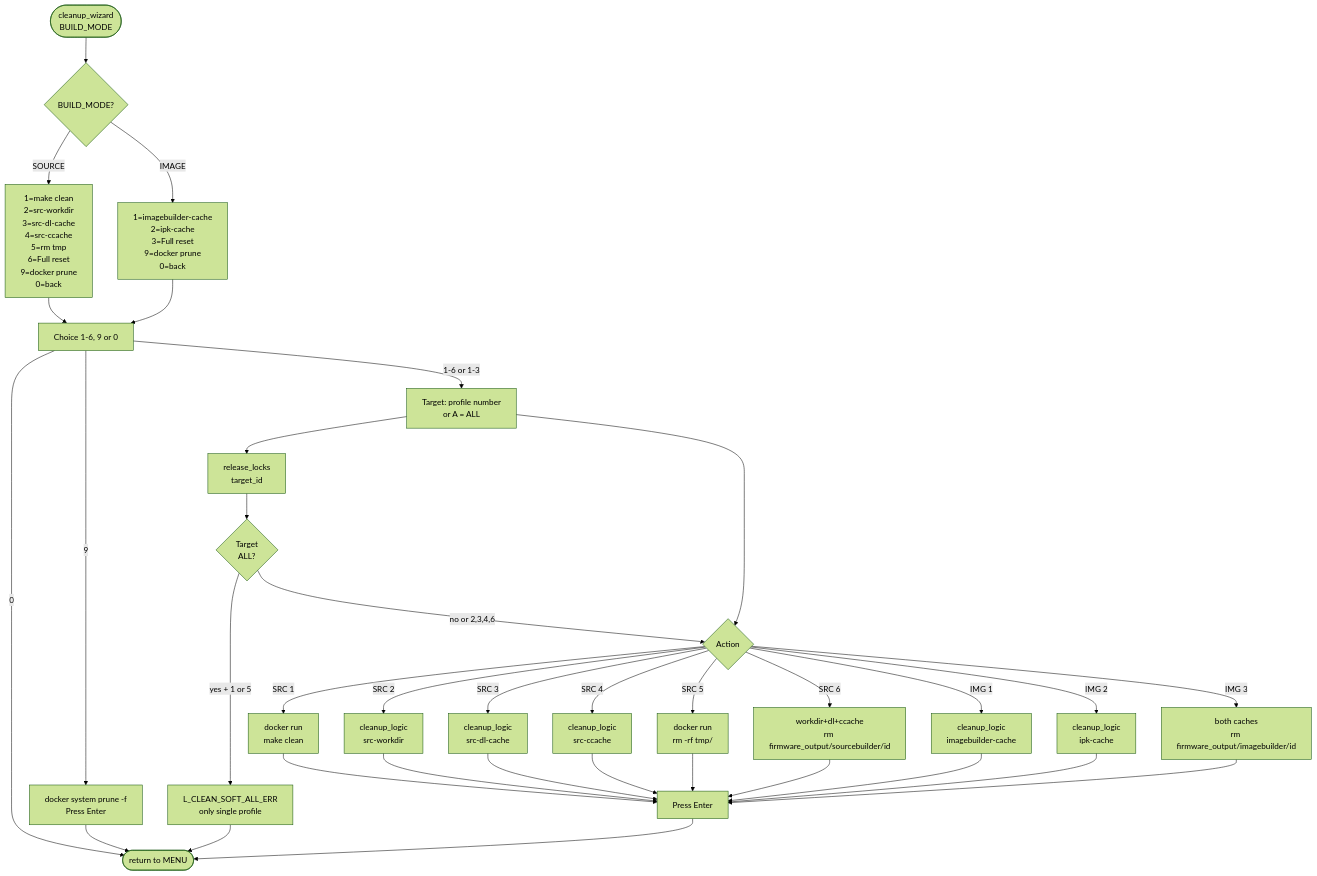
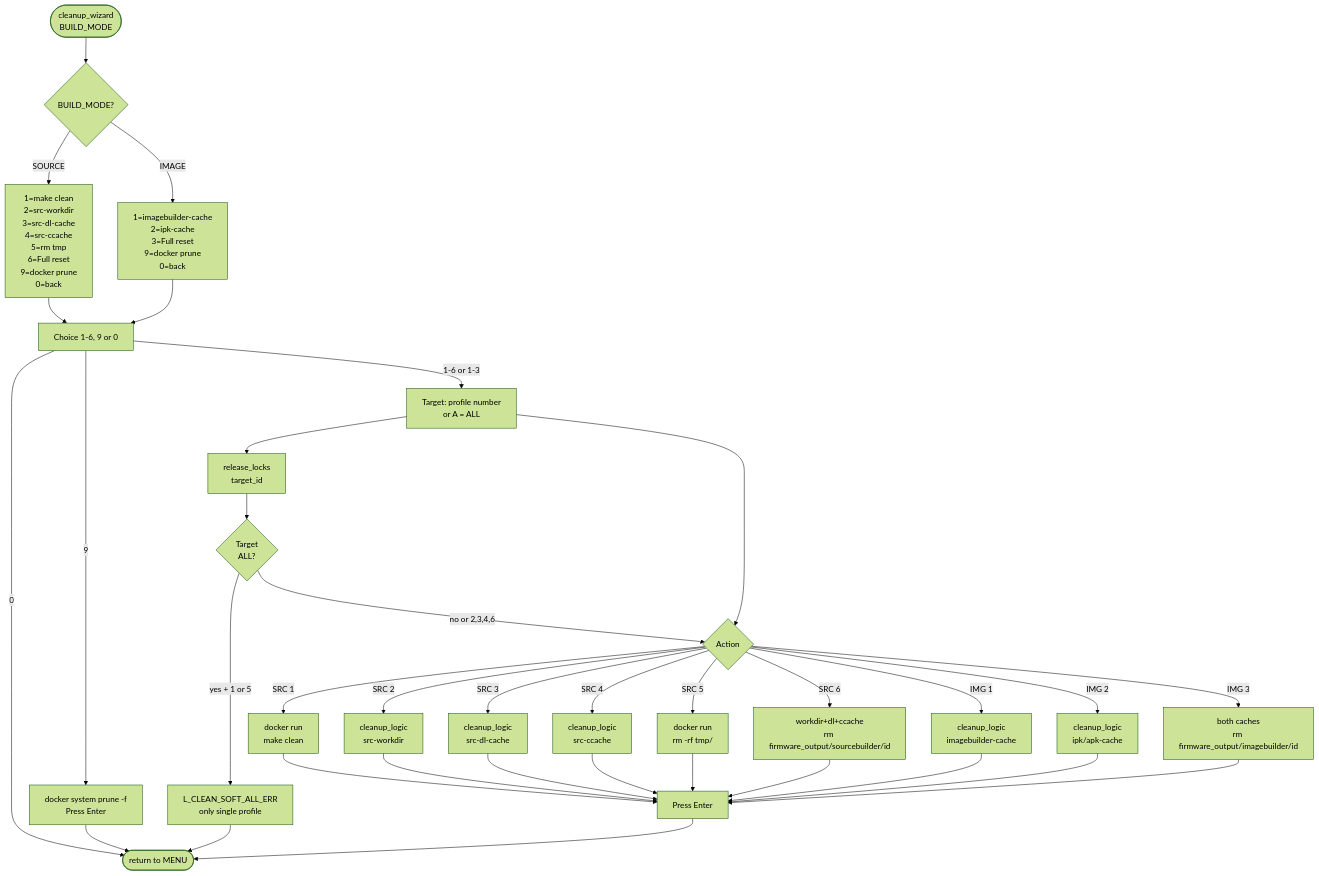
One commit to iqubik/routerFW changed the fourth of 5 diagrams in docs/ARCHITECTURE_diagram_en.md. Above: the diagram before and after it, drawn with Mermaid (forest theme). The commit also changed other lines of this file and 7 other files, not shown here.

First line of the commit message:
docs: add APK format alongside IPK in documentation

````diff
--- a/docs/ARCHITECTURE_diagram_en.md
+++ b/docs/ARCHITECTURE_diagram_en.md
@@ -172,34 +172,34 @@
 ```mermaid
 flowchart TD
     CW([cleanup_wizard\nBUILD_MODE])
     CW --> CW_MODE{BUILD_MODE?}
     CW_MODE --> |SOURCE| SRC_MENU[1=make clean\n2=src-workdir\n3=src-dl-cache\n4=src-ccache\n5=rm tmp\n6=Full reset\n9=docker prune\n0=back]
     CW_MODE --> |IMAGE| IMG_MENU[1=imagebuilder-cache\n2=ipk-cache\n3=Full reset\n9=docker prune\n0=back]
 
     SRC_MENU --> C_SEL[Choice 1-6, 9 or 0]
     IMG_MENU --> C_SEL
     C_SEL --> |0| CW_BACK([return to MENU])
     C_SEL --> |9| PRUNE[docker system prune -f\nPress Enter]
     PRUNE --> CW_BACK
     C_SEL --> |1-6 or 1-3| T_SEL[Target: profile number\nor A = ALL]
     T_SEL --> REL[release_locks\ntarget_id]
     REL --> ALL_OK{Target\nALL?}
     ALL_OK --> |yes + 1 or 5| SOFT_ERR[L_CLEAN_SOFT_ALL_ERR\nonly single profile]
     SOFT_ERR --> CW_BACK
     ALL_OK --> |no or 2,3,4,6| EXEC
     T_SEL --> EXEC{Action}
 
     EXEC --> |SRC 1| SRC_SOFT[docker run\nmake clean]
     EXEC --> |SRC 2| SRC_WORK[cleanup_logic\nsrc-workdir]
     EXEC --> |SRC 3| SRC_DL[cleanup_logic\nsrc-dl-cache]
     EXEC --> |SRC 4| SRC_CC[cleanup_logic\nsrc-ccache]
     EXEC --> |SRC 5| SRC_TMP[docker run\nrm -rf tmp/]
     EXEC --> |SRC 6| SRC_FULL[workdir+dl+ccache\nrm firmware_output/sourcebuilder/id]
     EXEC --> |IMG 1| IMG_SDK[cleanup_logic\nimagebuilder-cache]
-    EXEC --> |IMG 2| IMG_IPK[cleanup_logic\nipk-cache]
+    EXEC --> |IMG 2| IMG_IPK[cleanup_logic\nipk/apk-cache]
     EXEC --> |IMG 3| IMG_FULL[both caches\nrm firmware_output/imagebuilder/id]
 
     SRC_SOFT & SRC_WORK & SRC_DL & SRC_CC & SRC_TMP & SRC_FULL --> DONE[Press Enter]
     IMG_SDK & IMG_IPK & IMG_FULL --> DONE
     DONE --> CW_BACK
 ```
````
